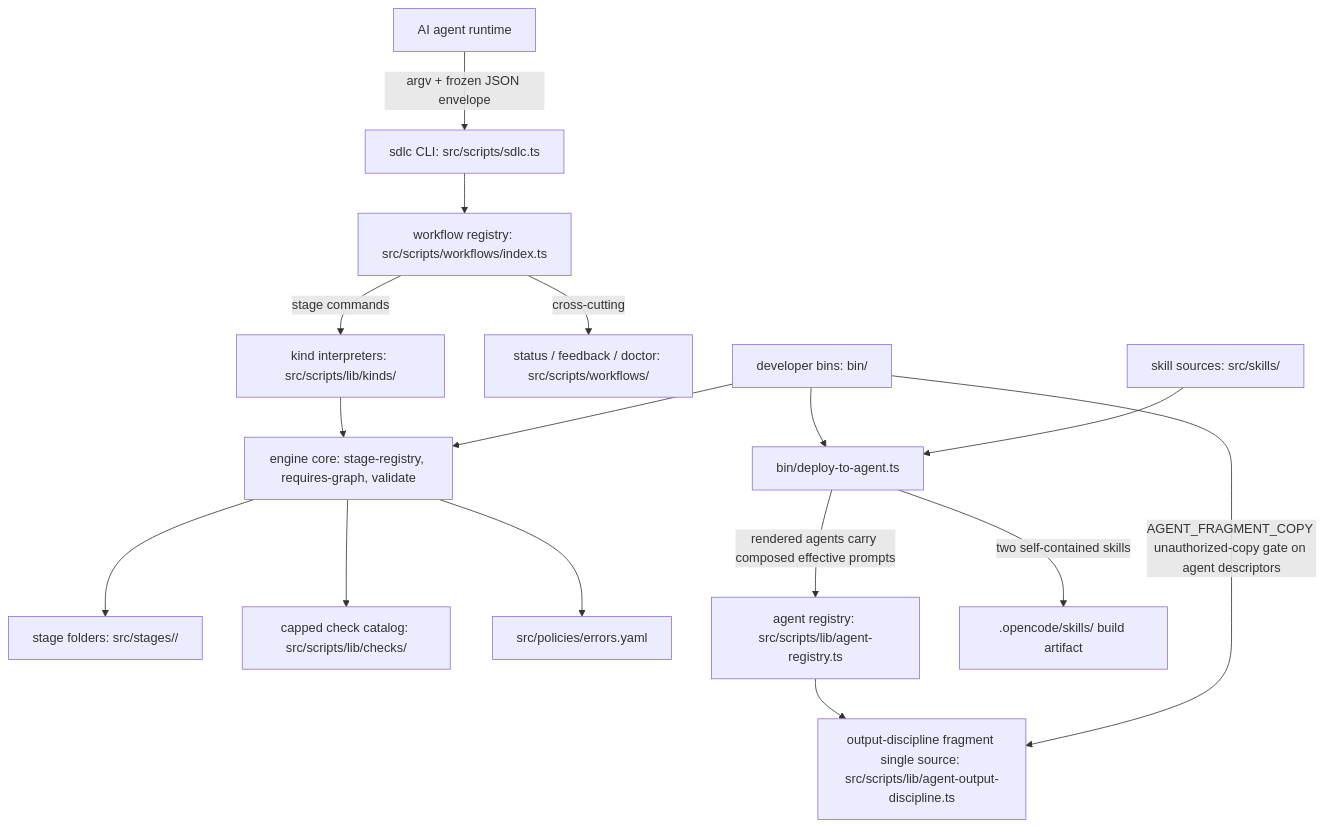
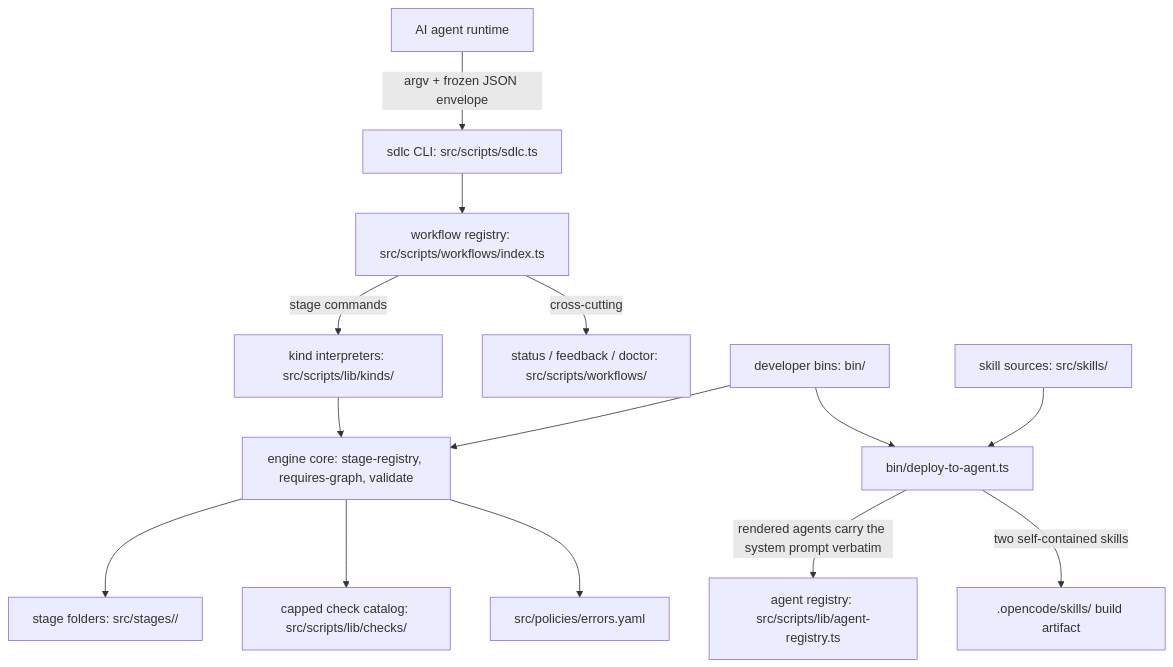
Before and after one commit to metagres/agentic: the diagram in docs/current/architecture.md, drawn with Mermaid. The commit also changed other lines of this file and 31 other files, not shown here.

Commit message:
output discipline is merged into each agent prompt

````diff
--- a/docs/current/architecture.md
+++ b/docs/current/architecture.md
@@ -16,18 +16,16 @@
 ```mermaid
 graph TD
   AGENT[AI agent runtime] -->|argv + frozen JSON envelope| CLI[sdlc CLI: src/scripts/sdlc.ts]
   CLI --> REG[workflow registry: src/scripts/workflows/index.ts]
   REG -->|stage commands| KINDS[kind interpreters: src/scripts/lib/kinds/]
   REG -->|cross-cutting| XW[status / feedback / doctor: src/scripts/workflows/]
   KINDS --> ENGINE[engine core: stage-registry, requires-graph, validate]
   ENGINE --> STAGES[stage folders: src/stages/<id>/]
   ENGINE --> CHECKS[capped check catalog: src/scripts/lib/checks/]
   ENGINE --> POLICIES[src/policies/errors.yaml]
   BIN[developer bins: bin/] --> ENGINE
   BIN --> DEPLOY[bin/deploy-to-agent.ts]
   SKILLSRC[skill sources: src/skills/] --> DEPLOY
-  DEPLOY -->|rendered agents carry composed effective prompts| AGREG[agent registry: src/scripts/lib/agent-registry.ts]
-  AGREG --> FRAG[output-discipline fragment single source: src/scripts/lib/agent-output-discipline.ts]
-  BIN -->|AGENT_FRAGMENT_COPY unauthorized-copy gate on agent descriptors| FRAG
+  DEPLOY -->|rendered agents carry the system prompt verbatim| AGREG[agent registry: src/scripts/lib/agent-registry.ts]
   DEPLOY -->|two self-contained skills| RUNTIME[.opencode/skills/ build artifact]
 ```
````
